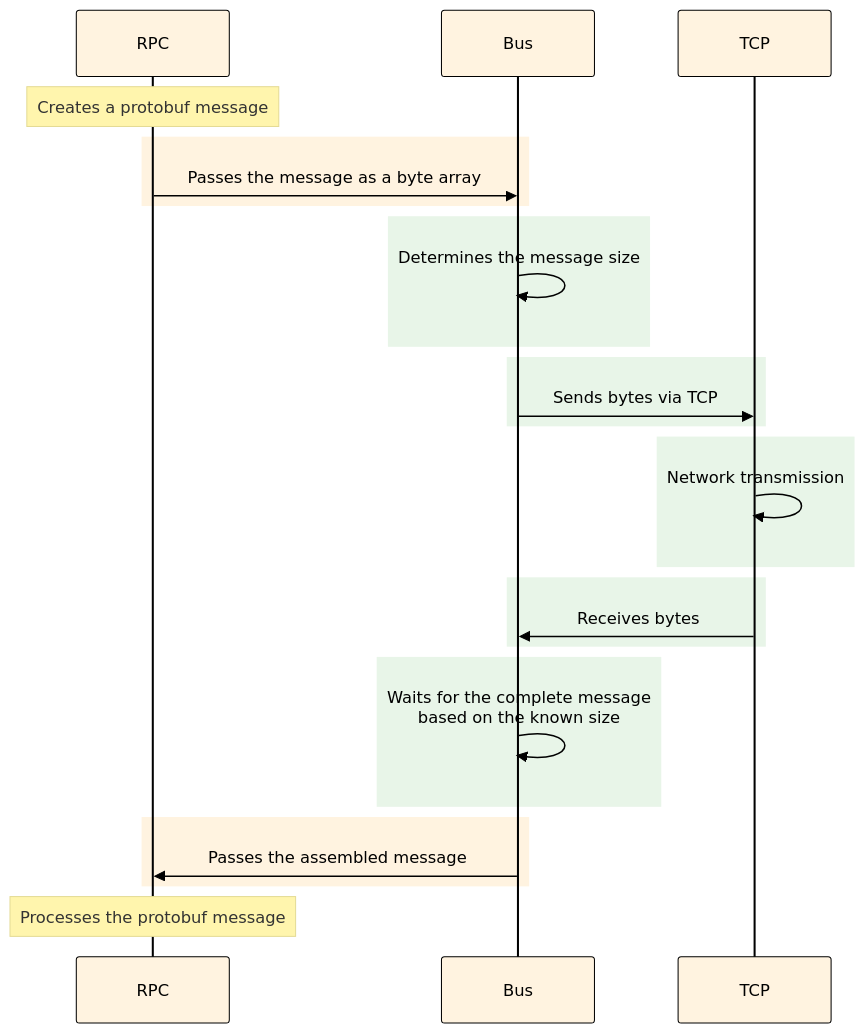
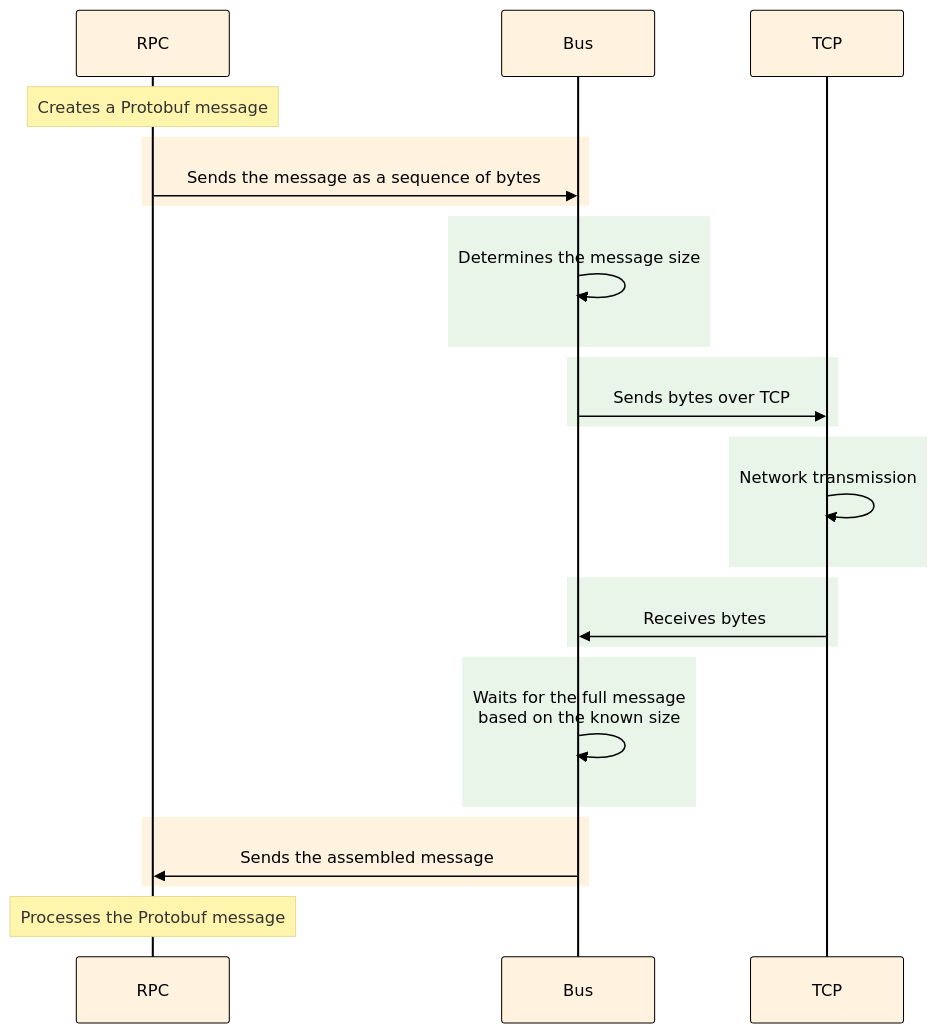
One commit to ytsaurus/ytsaurus changed the first of 2 diagrams in yt/docs/en/_includes/admin-guide/native-encryption.md. Above: the diagram before and after it, drawn with Mermaid. The commit also changed other lines of this file and 1 other file, not shown here.

````diff
--- a/yt/docs/en/_includes/admin-guide/native-encryption.md
+++ b/yt/docs/en/_includes/admin-guide/native-encryption.md
@@ -31,31 +32,31 @@
 ```mermaid
 %%{init: {'theme':'base', 'themeVariables': { 'fontSize': '11px', 'fontFamily': 'Arial', 'primaryColor': '#fff3e0', 'primaryTextColor': '#000', 'primaryBorderColor': '#000', 'lineColor': '#000', 'secondaryColor': '#e8f5e8', 'tertiaryColor': '#f3e5f5' }, 'sequence': { 'autonumber': false } }}%%
 sequenceDiagram
     participant RPC as RPC
     participant Bus as Bus
     participant TCP as TCP
 
-    Note over RPC: Creates a protobuf message
+    Note over RPC: Creates a Protobuf message
     rect rgb(255, 243, 224)
-    RPC->>Bus: Passes the message as a byte array
+    RPC->>Bus: Sends the message as a sequence of bytes
     end
     rect rgb(232, 245, 232)
     Bus->>Bus: Determines the message size
     end
     rect rgb(232, 245, 232)
-    Bus->>TCP: Sends bytes via TCP
+    Bus->>TCP: Sends bytes over TCP
     end
     rect rgb(232, 245, 232)
     TCP->>TCP: Network transmission
     end
     rect rgb(232, 245, 232)
     TCP->>Bus: Receives bytes
     end
     rect rgb(232, 245, 232)
-    Bus->>Bus: Waits for the complete message<br/>based on the known size
+    Bus->>Bus: Waits for the full message<br/>based on the known size
     end
     rect rgb(255, 243, 224)
-    Bus->>RPC: Passes the assembled message
+    Bus->>RPC: Sends the assembled message
     end
-    Note over RPC: Processes the protobuf message
+    Note over RPC: Processes the Protobuf message
 ```
````
